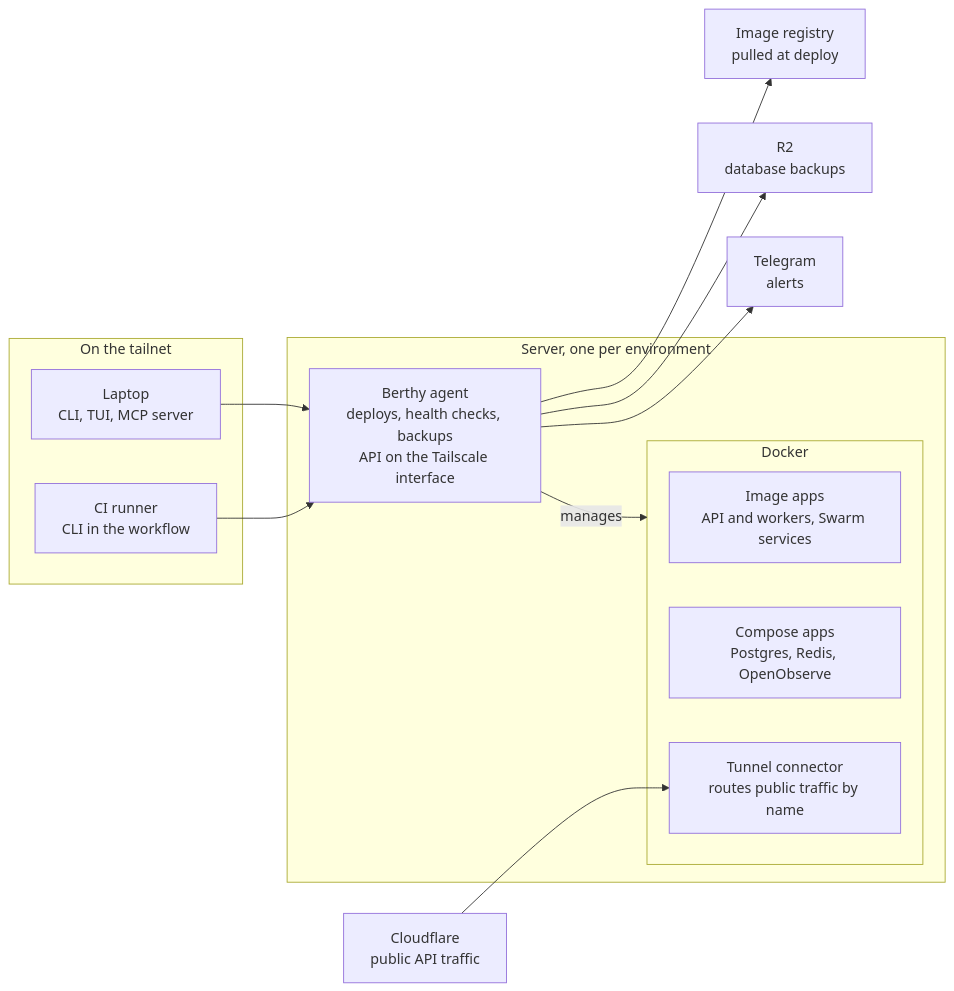
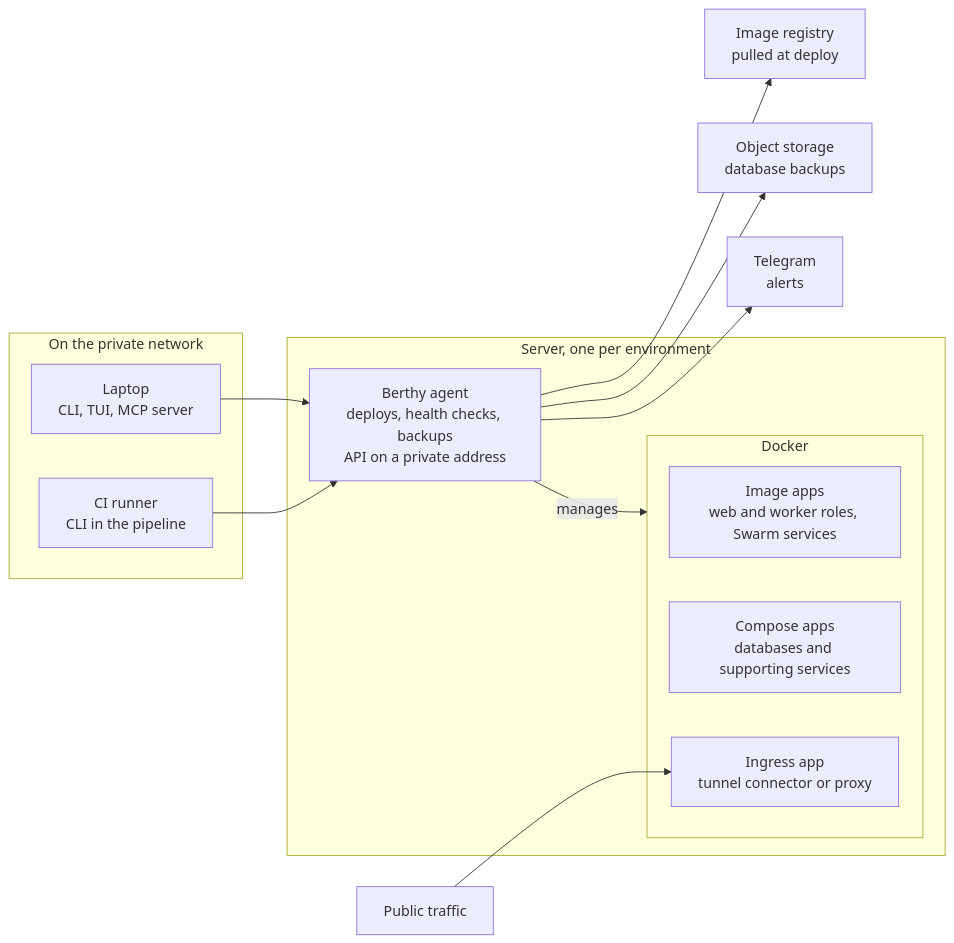
One commit to fredimachado/berthy changed the diagram in docs/spec-v1.md. Above: the diagram before and after it, drawn with Mermaid. The commit also changed other lines of this file, not shown here.

````diff
--- a/docs/spec-v1.md
+++ b/docs/spec-v1.md
@@ -46,29 +48,29 @@
 ```mermaid
 flowchart LR
-  subgraph tailnet["On the tailnet"]
+  subgraph private["On the private network"]
     laptop["Laptop<br/>CLI, TUI, MCP server"]
-    ci["CI runner<br/>CLI in the workflow"]
+    ci["CI runner<br/>CLI in the pipeline"]
   end
 
   subgraph server["Server, one per environment"]
-    agent["Berthy agent<br/>deploys, health checks, backups<br/>API on the Tailscale interface"]
+    agent["Berthy agent<br/>deploys, health checks, backups<br/>API on a private address"]
     subgraph docker["Docker"]
-      image["Image apps<br/>API and workers, Swarm services"]
-      compose["Compose apps<br/>Postgres, Redis, OpenObserve"]
-      tunnel["Tunnel connector<br/>routes public traffic by name"]
+      image["Image apps<br/>web and worker roles, Swarm services"]
+      compose["Compose apps<br/>databases and supporting services"]
+      ingress["Ingress app<br/>tunnel connector or proxy"]
     end
   end
 
   registry["Image registry<br/>pulled at deploy"]
-  r2["R2<br/>database backups"]
+  storage["Object storage<br/>database backups"]
   telegram["Telegram<br/>alerts"]
-  cloudflare["Cloudflare<br/>public API traffic"]
+  public["Public traffic"]
 
   laptop --> agent
   ci --> agent
   agent -- manages --> docker
   agent --> registry
-  agent --> r2
+  agent --> storage
   agent --> telegram
-  cloudflare --> tunnel
+  public --> ingress
 ```
````
